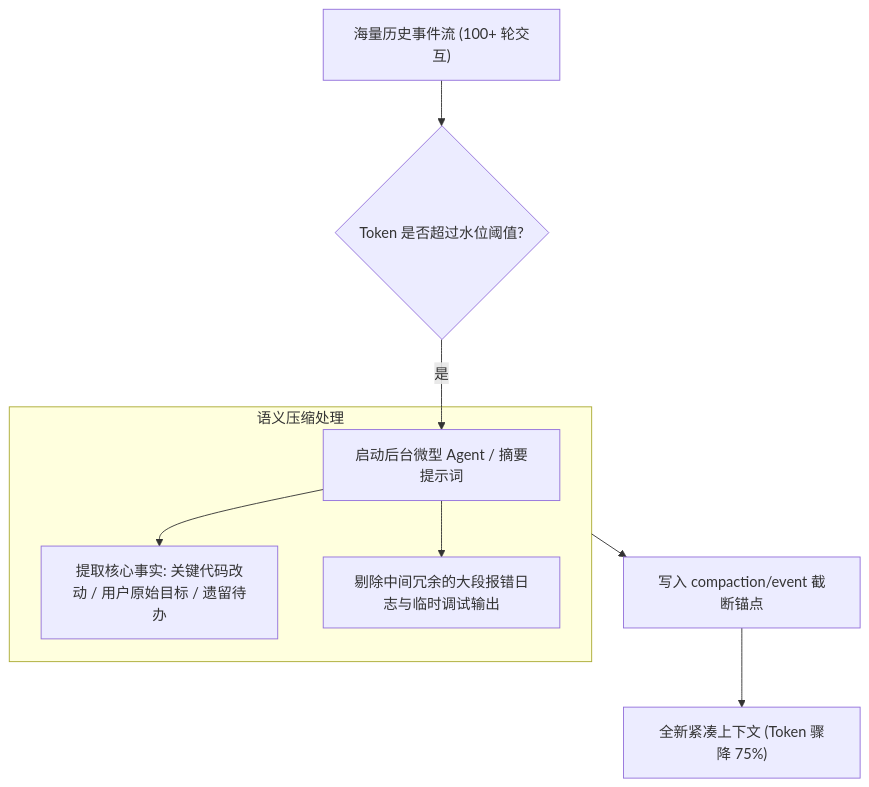
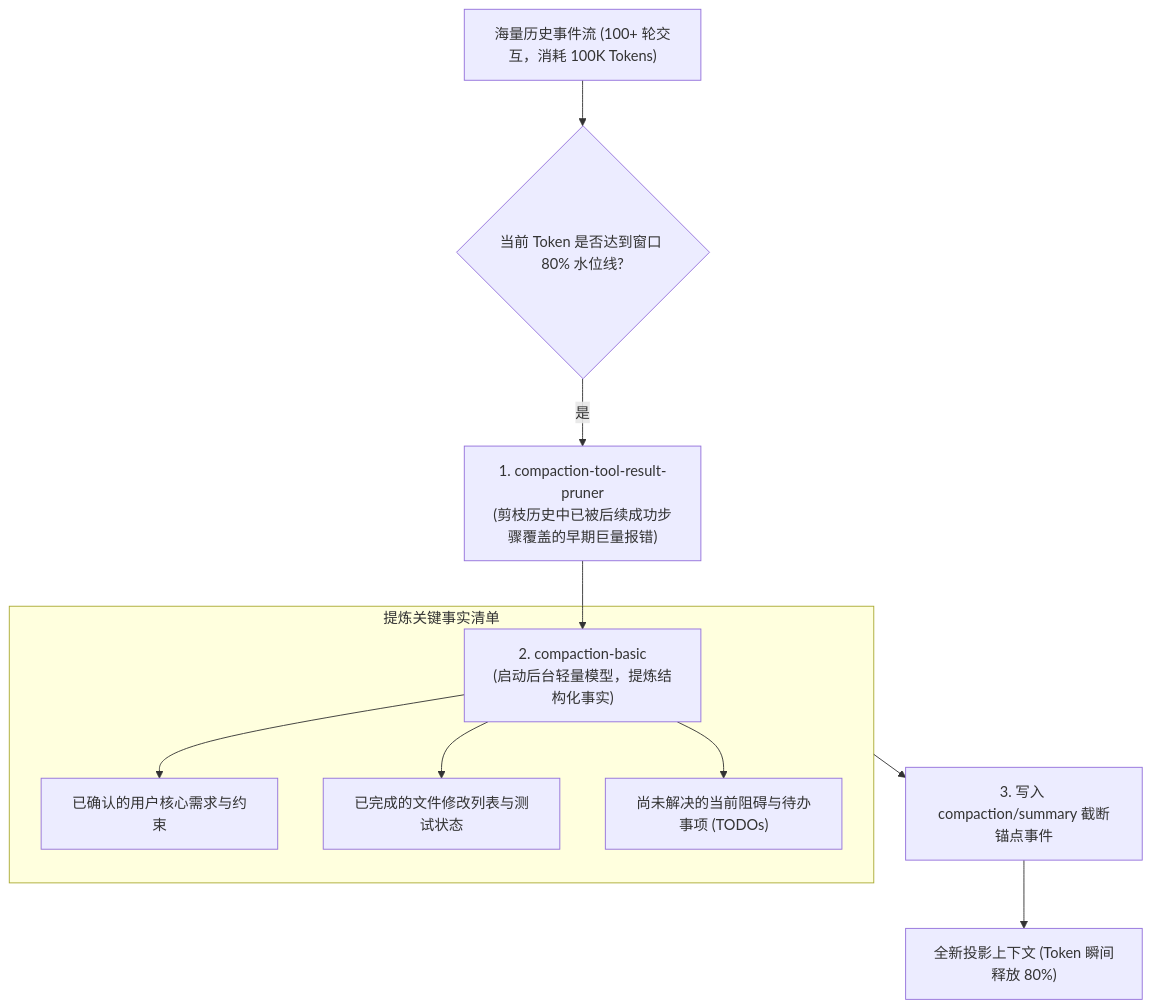
Before and after one commit to MoreConsequence/MoreConsequence.github.io: the second of 3 diagrams in content/posts/dsh-05-llm-streaming-and-compaction.md, drawn with Mermaid. The commit also changed other lines of this file and 11 other files, not shown here.

````diff
--- a/content/posts/dsh-05-llm-streaming-and-compaction.md
+++ b/content/posts/dsh-05-llm-streaming-and-compaction.md
@@ -103,13 +132,17 @@
 ```mermaid
 flowchart TD
-    Log["海量历史事件流 (100+ 轮交互)"] --> Check{"Token 是否超过水位阈值?"}
-    Check -->|"是"| CompactAgent["启动后台微型 Agent / 摘要提示词"]
+    Log["海量历史事件流 (100+ 轮交互，消耗 100K Tokens)"] --> Watermark{"当前 Token 是否达到窗口 80% 水位线?"}
     
-    subgraph Summarization["语义压缩处理"]
-        CompactAgent --> KeyFacts["提取核心事实: 关键代码改动 / 用户原始目标 / 遗留待办"]
-        CompactAgent --> Prune["剔除中间冗余的大段报错日志与临时调试输出"]
+    Watermark -->|"是"| Pruner["1. compaction-tool-result-pruner<br/>(剪枝历史中已被后续成功步骤覆盖的早期巨量报错)"]
+    
+    Pruner --> Summarizer["2. compaction-basic<br/>(启动后台轻量模型，提炼结构化事实)"]
+    
+    subgraph StructuredSummary["提炼关键事实清单"]
+        Summarizer --> F1["已确认的用户核心需求与约束"]
+        Summarizer --> F2["已完成的文件修改列表与测试状态"]
+        Summarizer --> F3["尚未解决的当前阻碍与待办事项 (TODOs)"]
     end
     
-    Summarization --> NewAnchor["写入 compaction/event 截断锚点"]
-    NewAnchor --> ShortContext["全新紧凑上下文 (Token 骤降 75%)"]
+    StructuredSummary --> Anchor["3. 写入 compaction/summary 截断锚点事件"]
+    Anchor --> NewContext["全新投影上下文 (Token 瞬间释放 80%)"]
 ```
````
